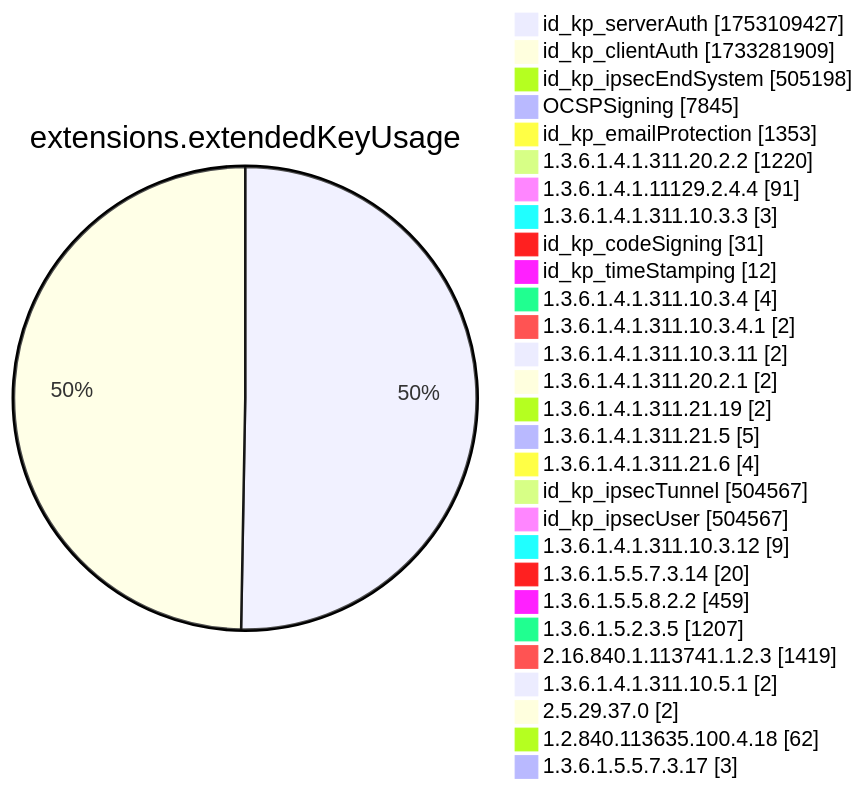
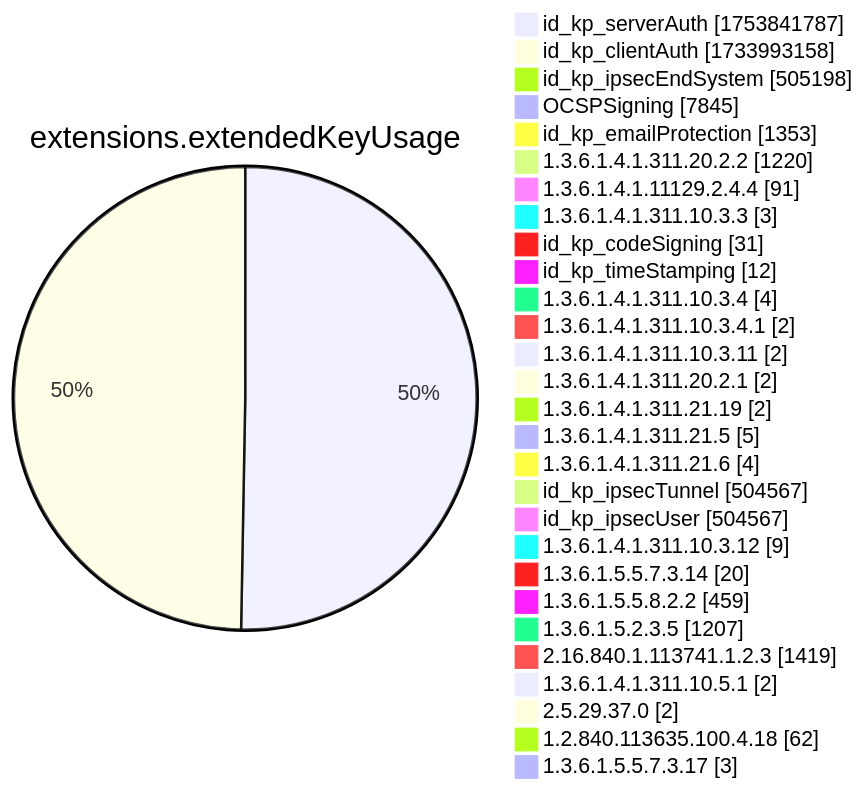
Diagram 12 of 15 in xenon2022/README.md (christiankrug/ctmonitor_visualization), drawn with Mermaid before and after one commit. The commit also changed other lines of this file, not shown here.

````diff
--- a/xenon2022/README.md
+++ b/xenon2022/README.md
@@ -3892,32 +3892,32 @@
 ```mermaid
 pie showData
 title extensions.extendedKeyUsage
-"id_kp_serverAuth" :1753109427
-"id_kp_clientAuth" :1733281909
+"id_kp_serverAuth" :1753841787
+"id_kp_clientAuth" :1733993158
 "id_kp_ipsecEndSystem" :505198
 "OCSPSigning" :7845
 "id_kp_emailProtection" :1353
 "1.3.6.1.4.1.311.20.2.2" :1220
 "1.3.6.1.4.1.11129.2.4.4" :91
 "1.3.6.1.4.1.311.10.3.3" :3
 "id_kp_codeSigning" :31
 "id_kp_timeStamping" :12
 "1.3.6.1.4.1.311.10.3.4" :4
 "1.3.6.1.4.1.311.10.3.4.1" :2
 "1.3.6.1.4.1.311.10.3.11" :2
 "1.3.6.1.4.1.311.20.2.1" :2
 "1.3.6.1.4.1.311.21.19" :2
 "1.3.6.1.4.1.311.21.5" :5
 "1.3.6.1.4.1.311.21.6" :4
 "id_kp_ipsecTunnel" :504567
 "id_kp_ipsecUser" :504567
 "1.3.6.1.4.1.311.10.3.12" :9
 "1.3.6.1.5.5.7.3.14" :20
 "1.3.6.1.5.5.8.2.2" :459
 "1.3.6.1.5.2.3.5" :1207
 "2.16.840.1.113741.1.2.3" :1419
 "1.3.6.1.4.1.311.10.5.1" :2
 "2.5.29.37.0" :2
 "1.2.840.113635.100.4.18" :62
 "1.3.6.1.5.5.7.3.17" :3
 ```
````
